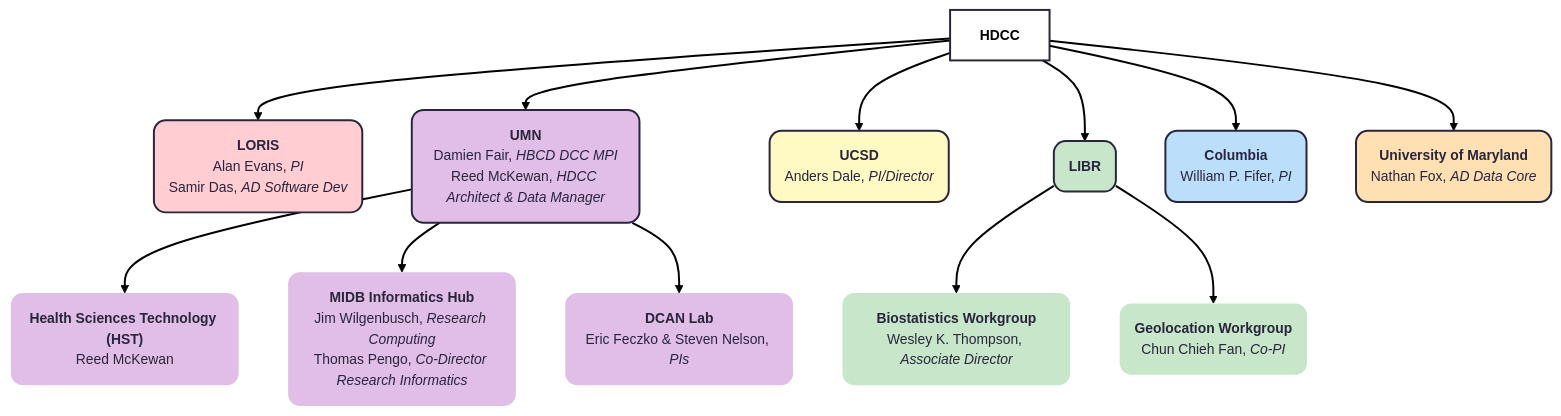
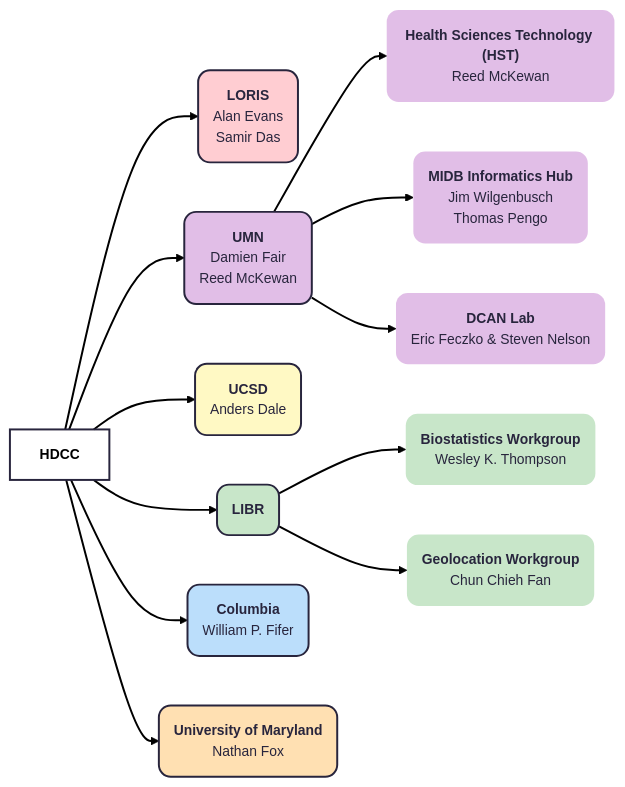
The first of 2 diagrams in docs/orgcharts.md (DCAN-Labs/hbcd-docs-internal), drawn with Mermaid before and after one commit. The commit also changed other lines of this file, not shown here.

Commit message:
use horizontal overview diagram for overview

````diff
--- a/docs/orgcharts.md
+++ b/docs/orgcharts.md
@@ -6,36 +8,41 @@
 ```mermaid
 ---
 config:
   theme: redux
   layout: dagre
 ---
-flowchart TD
-    A["<b>HDCC</b>"] --> E["<b>LORIS</b><br>Alan Evans, <i>PI</i><br>Samir Das, <i>AD Software Dev</i>"] & F["<b>UMN</b><br>Damien Fair, <i>HBCD DCC MPI</i><br>Reed McKewan, <i>HDCC Architect &amp; Data Manager</i>"] & G["<b>UCSD</b><br>Anders Dale, <i>PI/Director</i>"] & H["<b>LIBR</b><br>"] & n1["<b>Columbia</b><br>William P. Fifer,  <i>PI</i>"] & n16["<b>University of Maryland</b><br>Nathan Fox, <i>AD Data Core</i>"]
-    F --> n6["<b>Health Sciences Technology (HST)</b><br>Reed McKewan"] & n7["<b>MIDB Informatics Hub</b><br>Jim Wilgenbusch, <i>Research Computing</i><br>Thomas Pengo, <i>Co-Director Research Informatics</i>"] & n8["<b>DCAN Lab</b><br>Eric Feczko &amp; Steven Nelson, <i>PIs</i>"]
-    H --> n14["<b>Biostatistics Workgroup</b><br>Wesley K. Thompson, <i>Associate Director</i>"] & n15["<b>Geolocation Workgroup</b><br>Chun Chieh Fan, <i>Co-PI</i>"]
+flowchart LR
+    A["<b>HDCC</b>"] --> E["<b>LORIS</b><br>Alan Evans<br>Samir Das"] & F["<b>UMN</b><br>Damien Fair<br>Reed McKewan"] & G["<b>UCSD</b><br>Anders Dale"] & H["<b>LIBR</b><br>"] & n1["<b>Columbia</b><br>William P. Fifer"] & n16["<b>University of Maryland</b><br>Nathan Fox"]
+    F --> n6["<b>Health Sciences Technology (HST)</b><br>Reed McKewan"] & n7["<b>MIDB Informatics Hub</b><br>Jim Wilgenbusch<br>Thomas Pengo"] & n8["<b>DCAN Lab</b><br>Eric Feczko &amp; Steven Nelson"]
+    H --> n14["<b>Biostatistics Workgroup</b><br>Wesley K. Thompson"] & n15["<b>Geolocation Workgroup</b><br>Chun Chieh Fan"]
     A@{ shape: rect}
     E@{ shape: rounded}
     F@{ shape: rounded}
     G@{ shape: rounded}
     H@{ shape: rounded}
     n1@{ shape: rounded}
     n16@{ shape: rounded}
     n6@{ shape: rounded}
     n7@{ shape: rounded}
     n8@{ shape: rounded}
     n14@{ shape: rounded}
     n15@{ shape: rounded}
     style A fill:transparent,color:#000000
     style E fill:#FFCDD2
     style F fill:#E1BEE7
     style G fill:#FFF9C4
     style H fill:#C8E6C9
     style n1 fill:#BBDEFB
     style n16 fill:#FFE0B2
     style n6 fill:#E1BEE7,stroke:none
     style n7 fill:#E1BEE7,stroke:none
     style n8 fill:#E1BEE7,stroke:none
     style n14 fill:#C8E6C9,stroke:none
     style n15 fill:#C8E6C9,stroke:none
     click E "#loris"
+    click F "#university-of-minnesota-umn"
+    click G "#ucsd"
+    click H "#libr"
+    click n1 "#columbia"
+    click n16 "#university-of-maryland"
 ```
````
